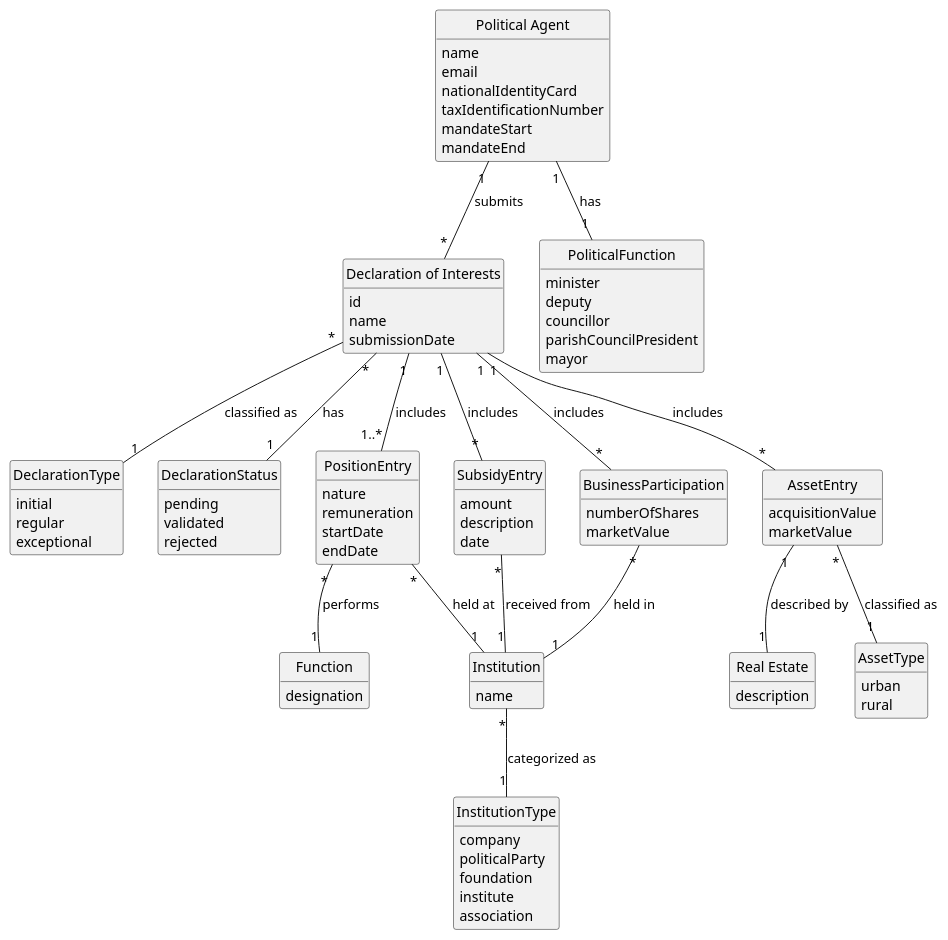
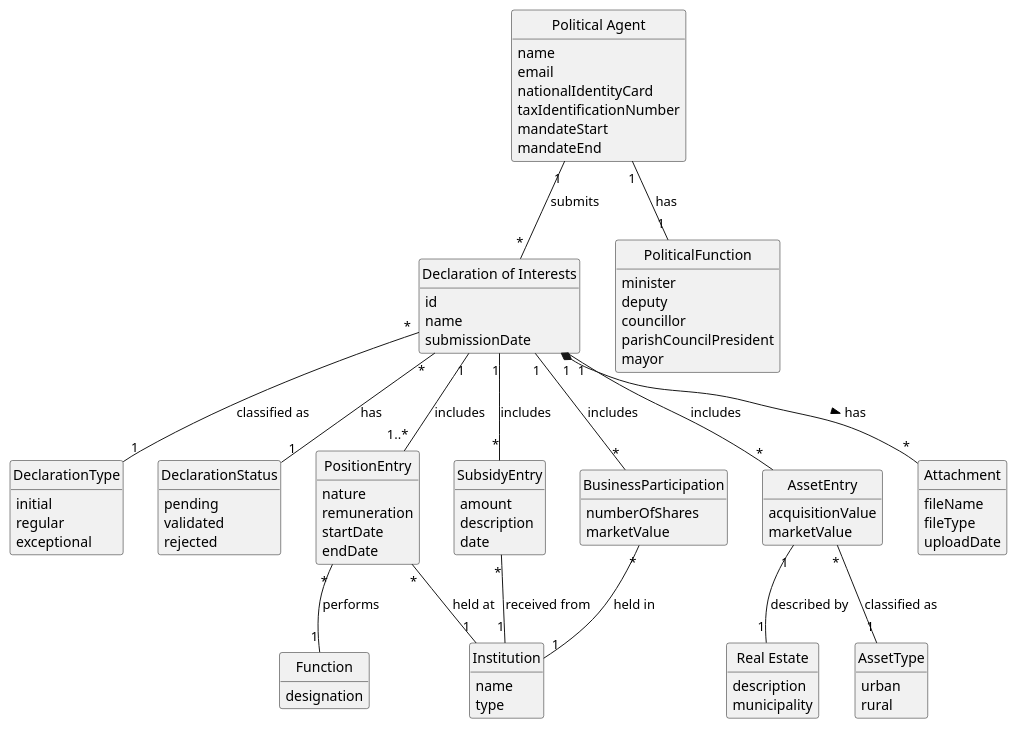
One commit to brunodspinto/crystal-clear-platform changed the diagram in docs/system-documentation/US06/02.analysis/puml/US06-DM.puml. Above: the diagram before and after it, drawn with PlantUML. The commit also changed 4 other files, not shown here.

```diff
--- a/docs/system-documentation/US06/02.analysis/puml/US06-DM.puml
+++ b/docs/system-documentation/US06/02.analysis/puml/US06-DM.puml
@@ -1,115 +1,114 @@
 @startuml US06-DM
 skinparam monochrome true
 skinparam packageStyle rectangle
 skinparam shadowing false
 skinparam classAttributeIconSize 0
 
 hide circle
 hide methods
 
 class "Political Agent" as PoliticalAgent {
     name
     email
     nationalIdentityCard
     taxIdentificationNumber
     mandateStart
     mandateEnd
 }
 
 class "Declaration of Interests" as Declaration {
     id
     name
     submissionDate
 }
 
 enum DeclarationType {
     initial
     regular
     exceptional
 }
 
 enum DeclarationStatus {
     pending
     validated
     rejected
 }
 
 enum PoliticalFunction {
     minister
     deputy
     councillor
     parishCouncilPresident
     mayor
 }
 
 class PositionEntry {
     nature
     remuneration
     startDate
     endDate
 }
 
 class Function {
     designation
 }
 
 class Institution {
     name
-}
-
-enum InstitutionType {
-    company
-    politicalParty
-    foundation
-    institute
-    association
+    type
 }
 
 class SubsidyEntry {
     amount
     description
     date
 }
 
 class AssetEntry {
     acquisitionValue
     marketValue
 }
 
 class "Real Estate" as RealEstate {
     description
+    municipality
 }
 
 enum AssetType {
     urban
     rural
 }
 
 class BusinessParticipation {
     numberOfShares
     marketValue
 }
 
+class Attachment {
+    fileName
+    fileType
+    uploadDate
+}
+
 PoliticalAgent "1" -- "1" PoliticalFunction : has
 PoliticalAgent "1" -- "*" Declaration : submits
 
 Declaration "*" -- "1" DeclarationType : classified as
 Declaration "*" -- "1" DeclarationStatus : has
 Declaration "1" -- "1..*" PositionEntry : includes
 Declaration "1" -- "*" SubsidyEntry : includes
 Declaration "1" -- "*" AssetEntry : includes
 Declaration "1" -- "*" BusinessParticipation : includes
+Declaration "1" *-- "*" Attachment : has >
 
 PositionEntry "*" -- "1" Institution : held at
 PositionEntry "*" -- "1" Function : performs
-
-Institution "*" -- "1" InstitutionType : categorized as
 
 SubsidyEntry "*" -- "1" Institution : received from
 
 AssetEntry "*" -- "1" AssetType : classified as
 AssetEntry "1" -- "1" RealEstate : described by
 
 BusinessParticipation "*" -- "1" Institution : held in
 
 @enduml
```
